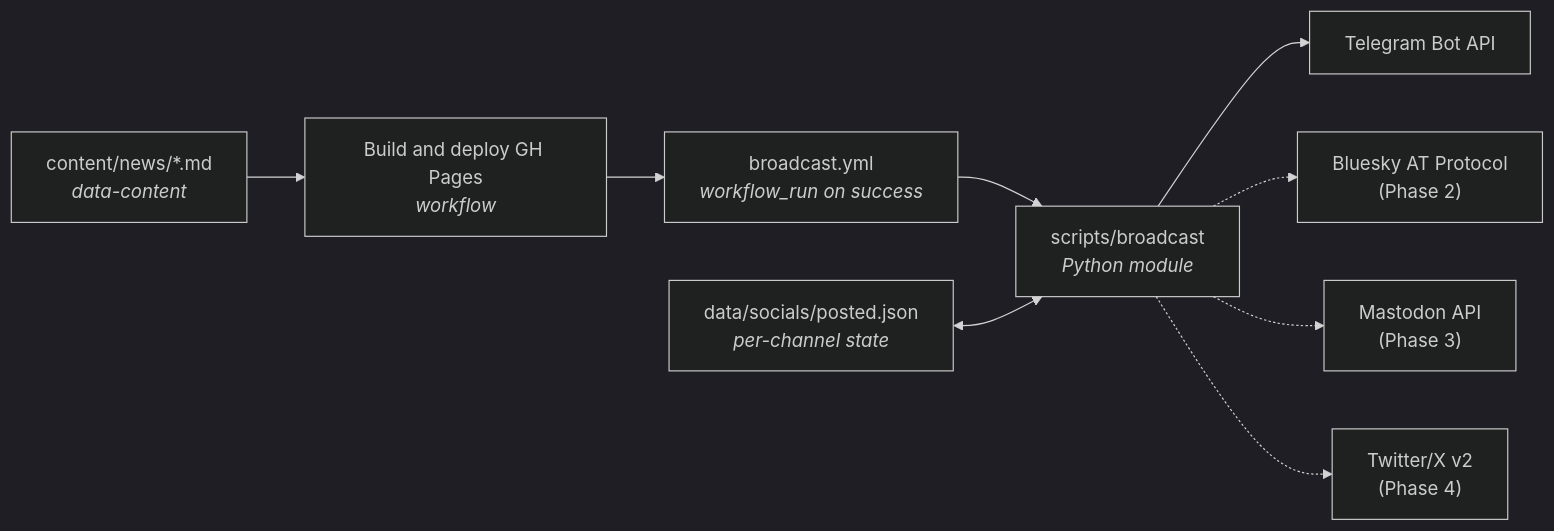
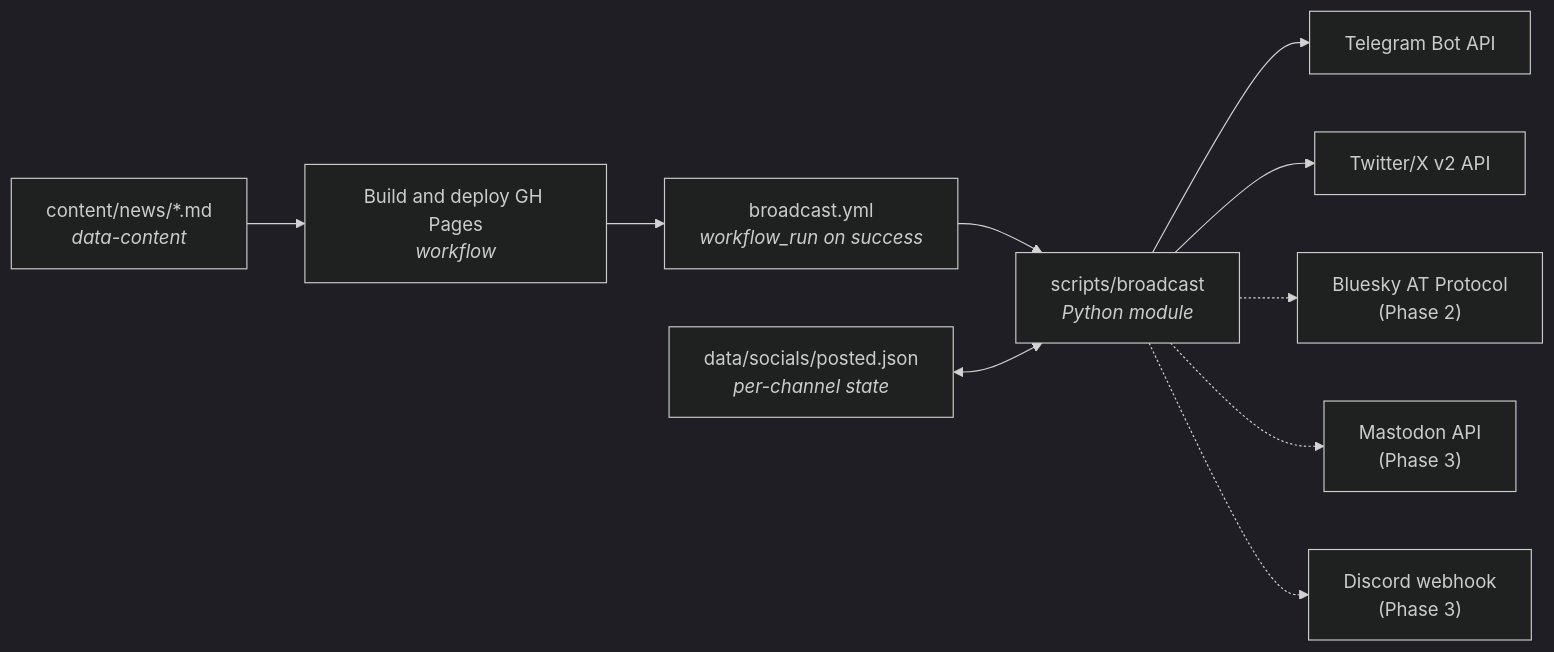
Before and after one commit to wheelofheaven/docs.wheelofheaven.world: the diagram in content/contributing/dev/social-broadcast.md, drawn with Mermaid (dark theme). The commit also changed other lines of this file, not shown here.

First line of the commit message:
docs(broadcast): Twitter/X promoted from Phase 4 to Phase 1

````diff
--- a/content/contributing/dev/social-broadcast.md
+++ b/content/contributing/dev/social-broadcast.md
@@ -20,19 +20,21 @@
 ```mermaid
 flowchart LR
     md["content/news/*.md<br/><i>data-content</i>"]
     deploy["Build and deploy GH Pages<br/><i>workflow</i>"]
     bcast["broadcast.yml<br/><i>workflow_run on success</i>"]
     bot["scripts/broadcast<br/><i>Python module</i>"]
     state["data/socials/posted.json<br/><i>per-channel state</i>"]
     api1["Telegram Bot API"]
-    api2["Bluesky AT Protocol<br/>(Phase 2)"]
-    api3["Mastodon API<br/>(Phase 3)"]
-    api4["Twitter/X v2<br/>(Phase 4)"]
+    api2["Twitter/X v2 API"]
+    api3["Bluesky AT Protocol<br/>(Phase 2)"]
+    api4["Mastodon API<br/>(Phase 3)"]
+    api5["Discord webhook<br/>(Phase 3)"]
 
     md --> deploy --> bcast --> bot
     state <--> bot
     bot --> api1
-    bot -.-> api2
+    bot --> api2
     bot -.-> api3
     bot -.-> api4
+    bot -.-> api5
 ```
````
